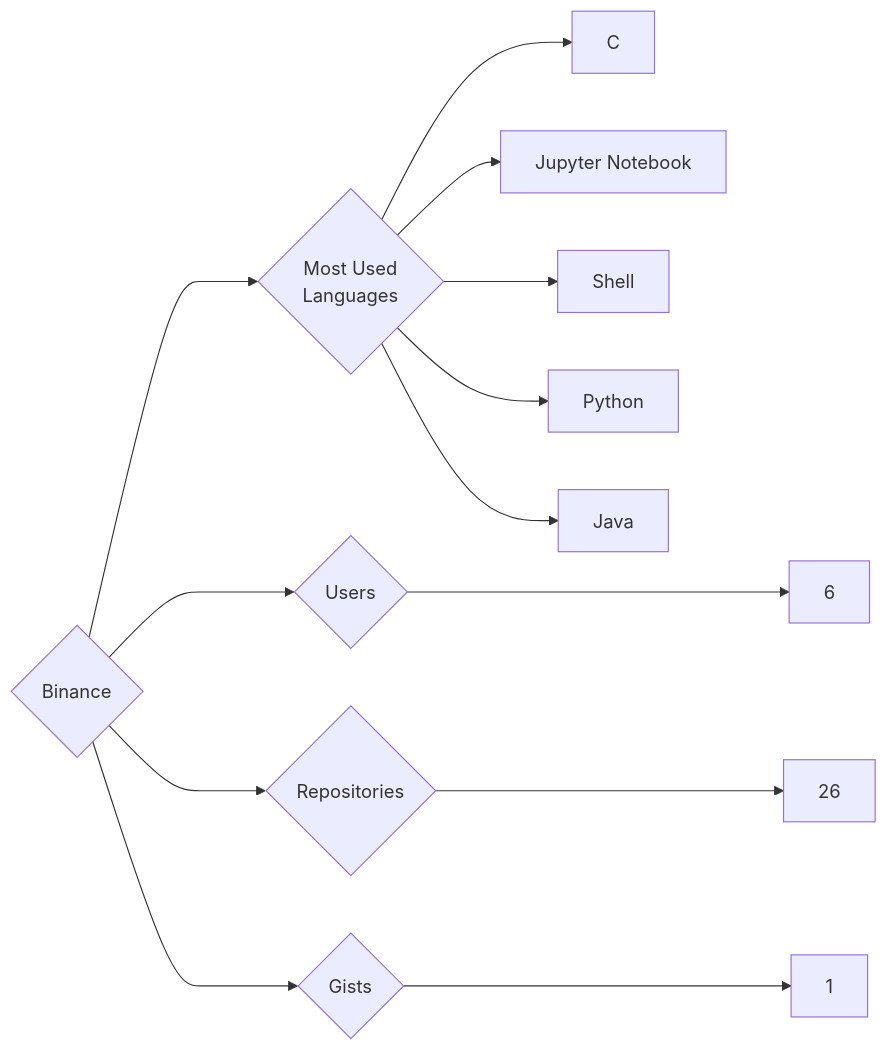
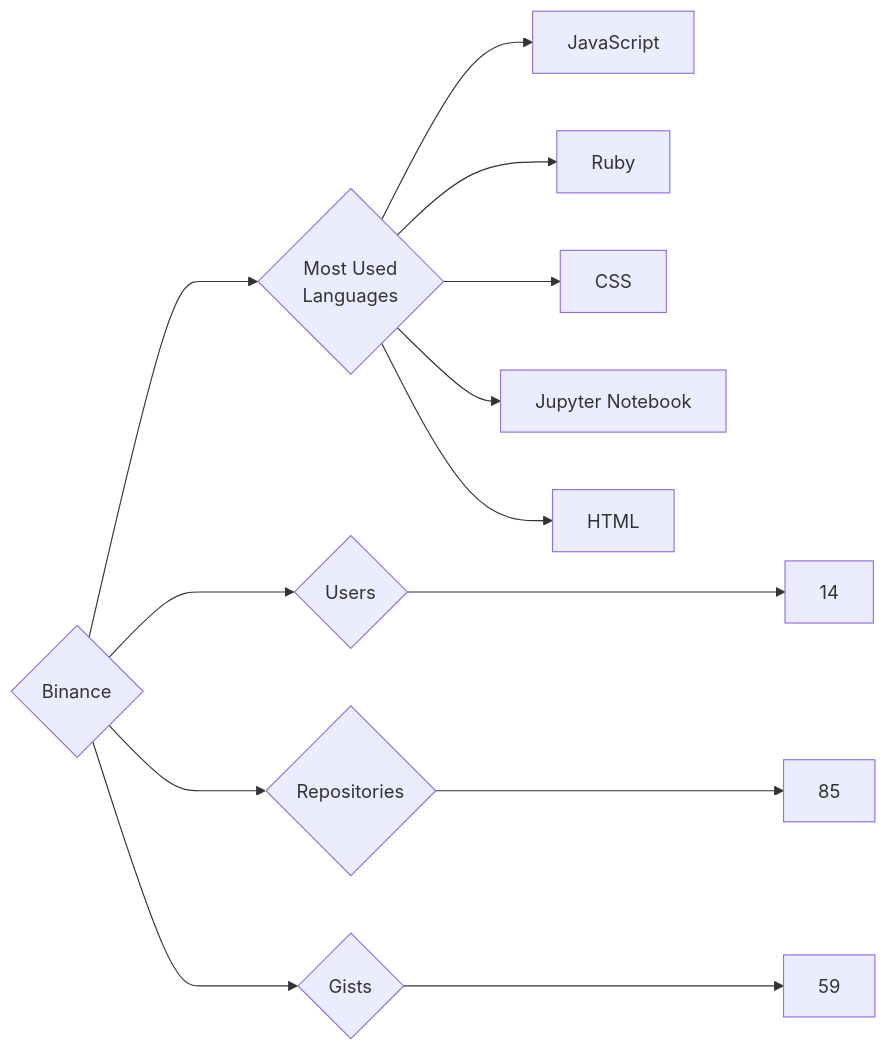
The diagram in targets/Binance/README.md (trickest/insiders), drawn with Mermaid before and after one commit. The commit also changed 809 other files, not shown here.

````diff
--- a/targets/Binance/README.md
+++ b/targets/Binance/README.md
@@ -3,13 +3,13 @@
 ```mermaid
 graph LR
 COMPANY_NAME{Binance}
-COMPANY_NAME ---> U{Users} ---> UN[6]
-COMPANY_NAME ---> R{Repositories} ---> RN[26]
-COMPANY_NAME ---> G{Gists} ---> GN[1]
+COMPANY_NAME ---> U{Users} ---> UN[14]
+COMPANY_NAME ---> R{Repositories} ---> RN[85]
+COMPANY_NAME ---> G{Gists} ---> GN[59]
 COMPANY_NAME ---> ML{Most Used<br>Languages}
-ML --> C[C]
+ML --> JavaScript[JavaScript]
+ML --> Ruby[Ruby]
+ML --> CSS[CSS]
 ML --> Jupyter_Notebook[Jupyter Notebook]
-ML --> Shell[Shell]
-ML --> Python[Python]
-ML --> Java[Java]
+ML --> HTML[HTML]
 ```
````
